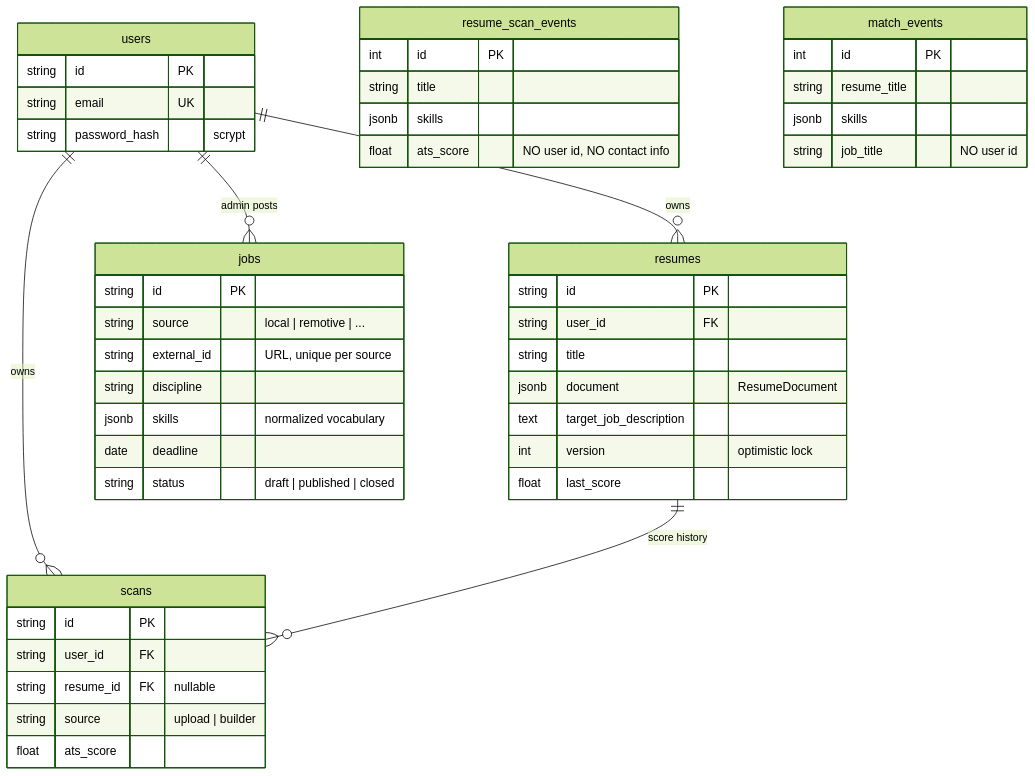
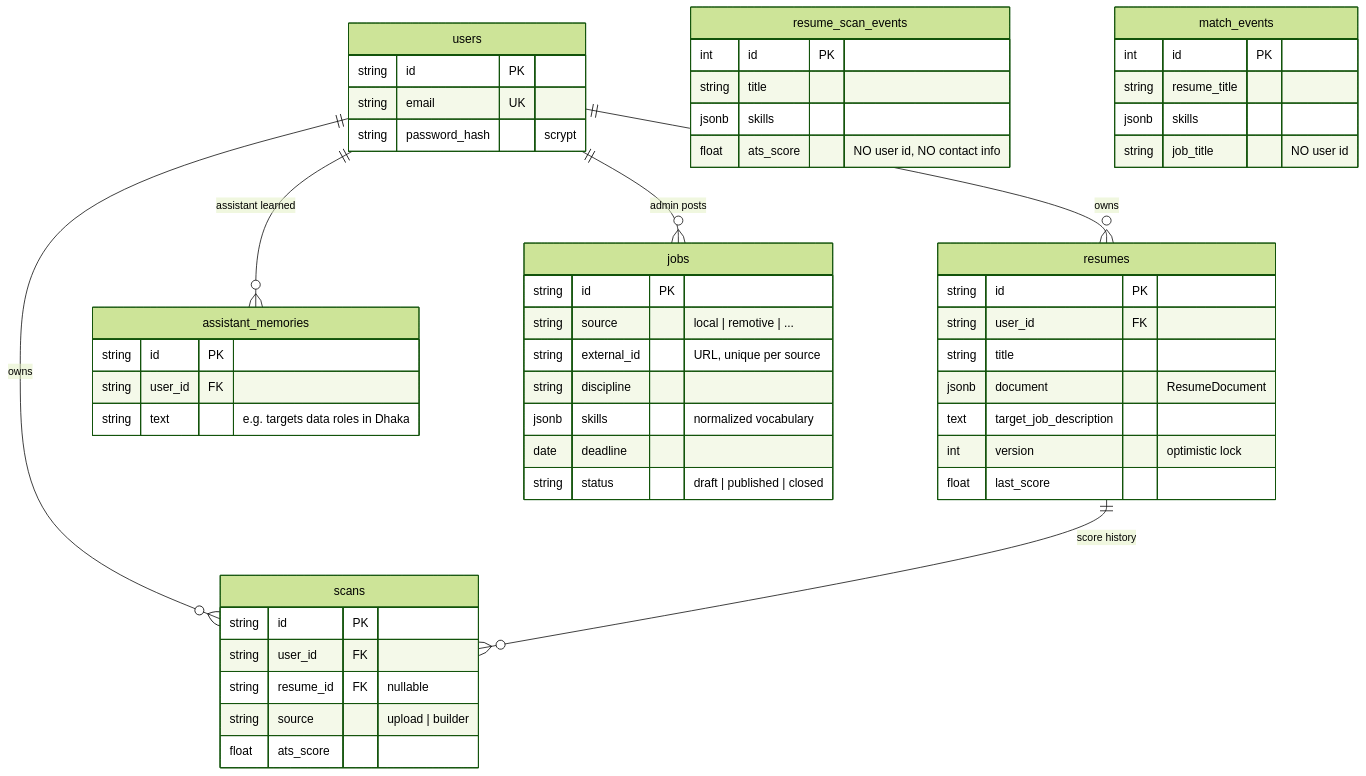
The sixth of 6 diagrams in ARCHITECTURE.md (Atikul-Dipto/ats-resume-scanner), drawn with Mermaid (forest theme) before and after one commit. The commit also changed other lines of this file and 34 other files, not shown here.

````diff
--- a/ARCHITECTURE.md
+++ b/ARCHITECTURE.md
@@ -349,49 +398,55 @@
 ```mermaid
 erDiagram
     users ||--o{ resumes : owns
     users ||--o{ scans : owns
     resumes ||--o{ scans : "score history"
     users {
       string id PK
       string email UK
       string password_hash "scrypt"
     }
     resumes {
       string id PK
       string user_id FK
       string title
       jsonb document "ResumeDocument"
       text target_job_description
       int version "optimistic lock"
       float last_score
     }
     scans {
       string id PK
       string user_id FK
       string resume_id FK "nullable"
       string source "upload | builder"
       float ats_score
     }
+    users ||--o{ assistant_memories : "assistant learned"
+    assistant_memories {
+      string id PK
+      string user_id FK
+      string text "e.g. targets data roles in Dhaka"
+    }
     users ||--o{ jobs : "admin posts"
     jobs {
       string id PK
       string source "local | remotive | ..."
       string external_id "URL, unique per source"
       string discipline
       jsonb skills "normalized vocabulary"
       date deadline
       string status "draft | published | closed"
     }
     resume_scan_events {
       int id PK
       string title
       jsonb skills
       float ats_score "NO user id, NO contact info"
     }
     match_events {
       int id PK
       string resume_title
       jsonb skills
       string job_title "NO user id"
     }
 ```
````
